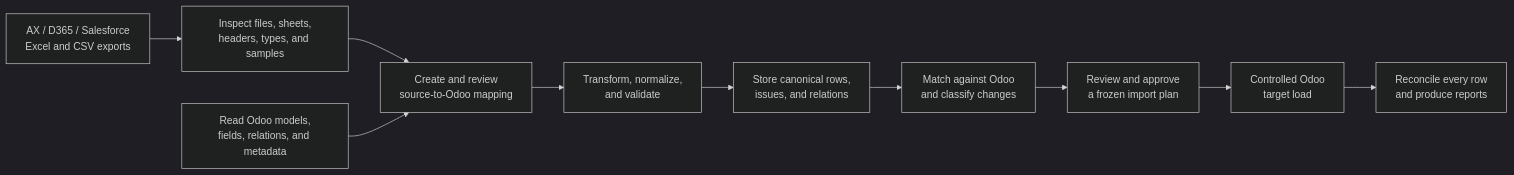
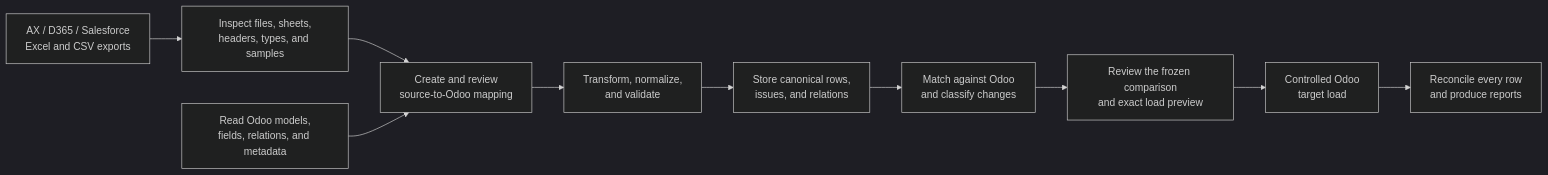
One commit to fderyckel/dev-impodo changed the first of 2 diagrams in docs/product-vision.md. Above: the diagram before and after it, drawn with Mermaid (dark theme). The commit also changed other lines of this file and 1 other file, not shown here.

````diff
--- a/docs/product-vision.md
+++ b/docs/product-vision.md
@@ -39,23 +45,23 @@
 ```mermaid
 flowchart LR
     Files["AX / D365 / Salesforce<br/>Excel and CSV exports"]
     Inspect["Inspect files, sheets,<br/>headers, types, and samples"]
     OdooSchema["Read Odoo models,<br/>fields, relations, and metadata"]
     Map["Create and review<br/>source-to-Odoo mapping"]
     Normalize["Transform, normalize,<br/>and validate"]
     Stage["Store canonical rows,<br/>issues, and relations"]
     Preflight["Match against Odoo<br/>and classify changes"]
-    Approve["Review and approve<br/>a frozen import plan"]
+    Review["Review the frozen comparison<br/>and exact load preview"]
     Load["Controlled Odoo<br/>target load"]
     Reconcile["Reconcile every row<br/>and produce reports"]
 
     Files --> Inspect
     Inspect --> Map
     OdooSchema --> Map
     Map --> Normalize
     Normalize --> Stage
     Stage --> Preflight
-    Preflight --> Approve
-    Approve --> Load
+    Preflight --> Review
+    Review --> Load
     Load --> Reconcile
 ```
````
